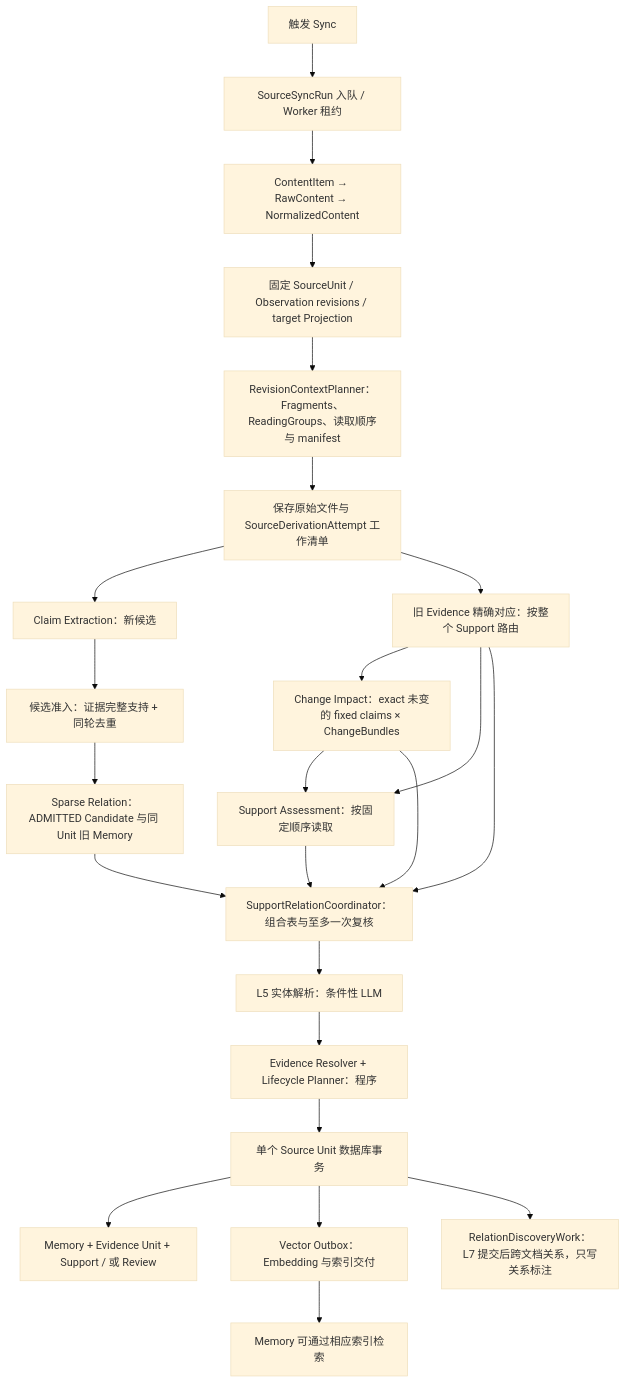
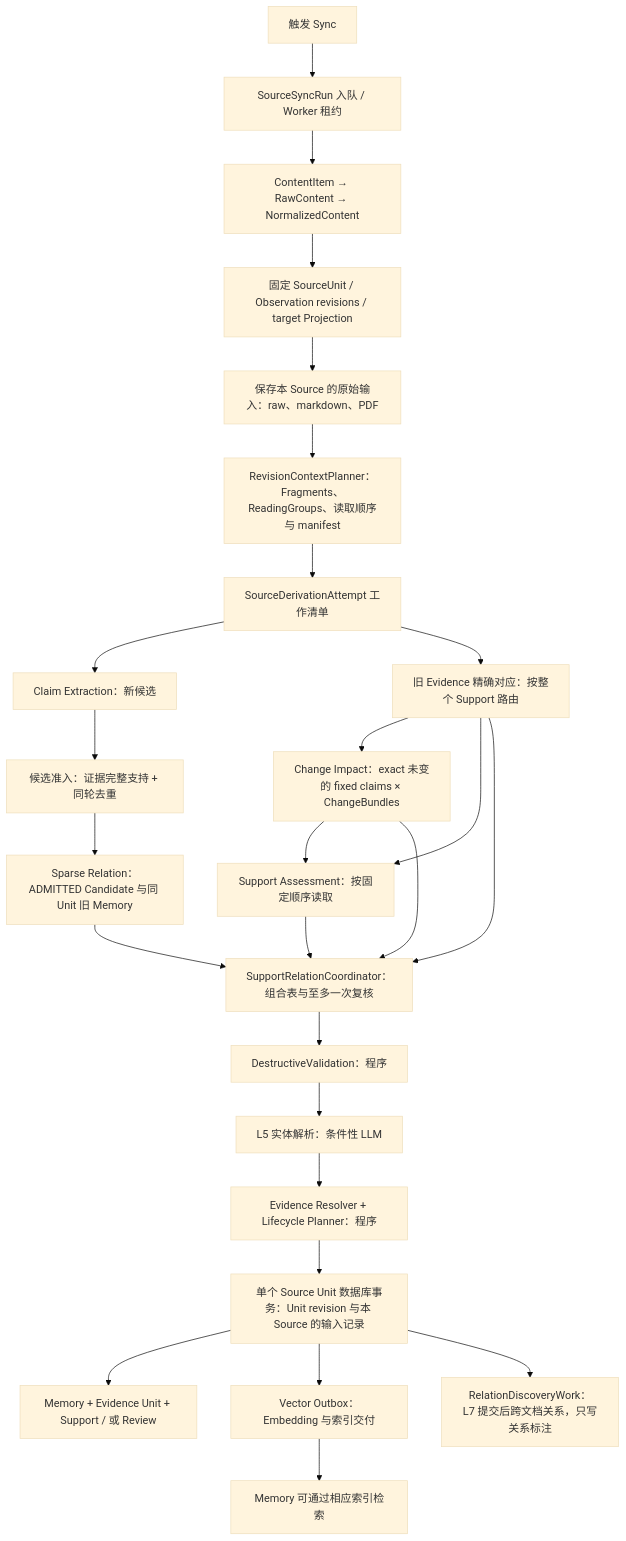
The second of 2 diagrams in docs/design/source-sync-to-memory.md (shno-labs/mem-forge), drawn with Mermaid (base theme) before and after one commit. The commit also changed other lines of this file and 2 other files, not shown here.

Commit message:
Align the revision update flow diagram with per-row acceptance, Relation completeness, per-Unit Memories and stored input

````diff
--- a/docs/design/source-sync-to-memory.md
+++ b/docs/design/source-sync-to-memory.md
@@ -563,26 +577,28 @@
 ```mermaid
 flowchart TD
     A[触发 Sync] --> B[SourceSyncRun 入队 / Worker 租约]
     B --> C[ContentItem → RawContent → NormalizedContent]
     C --> D[固定 SourceUnit / Observation revisions / target Projection]
-    D --> F[RevisionContextPlanner：Fragments、ReadingGroups、读取顺序与 manifest]
-    F --> E[保存原始文件与 SourceDerivationAttempt 工作清单]
+    D --> W[保存本 Source 的原始输入：raw、markdown、PDF]
+    W --> F[RevisionContextPlanner：Fragments、ReadingGroups、读取顺序与 manifest]
+    F --> E[SourceDerivationAttempt 工作清单]
     E --> G[Claim Extraction：新候选]
     G --> H[候选准入：证据完整支持 + 同轮去重]
     H --> J[Sparse Relation：ADMITTED Candidate 与同 Unit 旧 Memory]
     E --> S[旧 Evidence 精确对应：按整个 Support 路由]
     S --> X[Change Impact：exact 未变的 fixed claims × ChangeBundles]
     S --> I[Support Assessment：按固定顺序读取]
     X --> I
     X --> K[SupportRelationCoordinator：组合表与至多一次复核]
     S --> K
     I --> K
     J --> K
-    K --> L[L5 实体解析：条件性 LLM]
+    K --> V[DestructiveValidation：程序]
+    V --> L[L5 实体解析：条件性 LLM]
     L --> M[Evidence Resolver + Lifecycle Planner：程序]
-    M --> N[单个 Source Unit 数据库事务]
+    M --> N[单个 Source Unit 数据库事务：Unit revision 与本 Source 的输入记录]
     N --> O[Memory + Evidence Unit + Support / 或 Review]
     N --> P[Vector Outbox：Embedding 与索引交付]
     N --> Q[RelationDiscoveryWork：L7 提交后跨文档关系，只写关系标注]
     P --> R[Memory 可通过相应索引检索]
 ```
````
